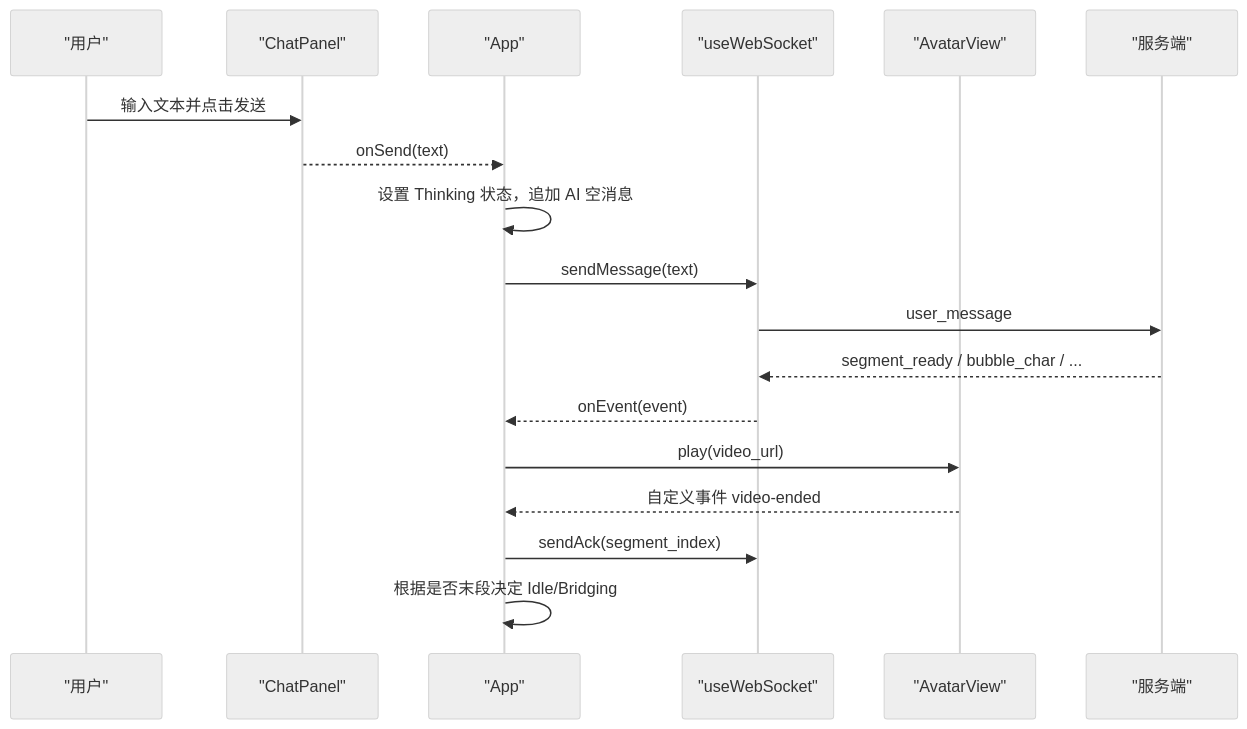
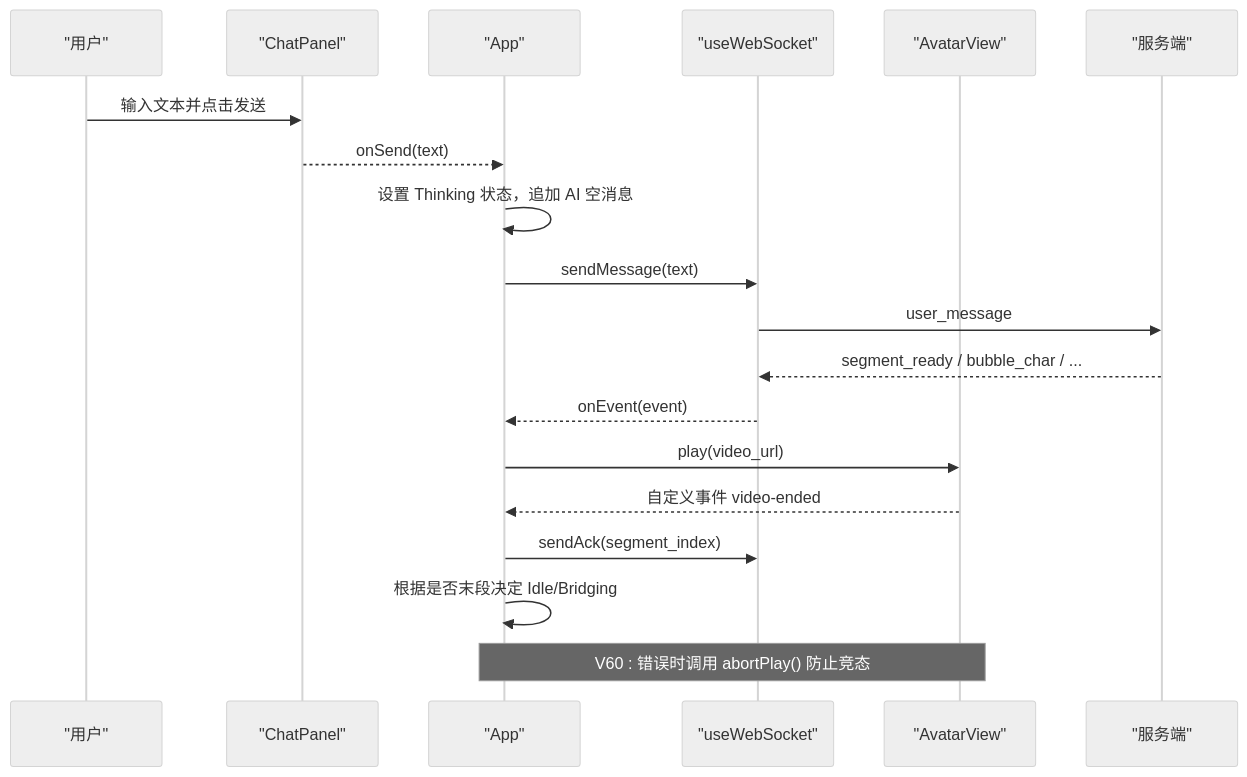
The second of 6 diagrams in .qoder/repowiki/zh/content/前端应用/React 组件架构.md (leo21cn/real-time-talk), drawn with Mermaid (neutral theme) before and after one commit. The commit also changed other lines of this file and 5 other files, not shown here.

````diff
--- a/.qoder/repowiki/zh/content/前端应用/React 组件架构.md
+++ b/.qoder/repowiki/zh/content/前端应用/React 组件架构.md
@@ -100,20 +108,21 @@
 ```mermaid
 sequenceDiagram
 participant U as "用户"
 participant CP as "ChatPanel"
 participant APP as "App"
 participant WS as "useWebSocket"
 participant AV as "AvatarView"
 participant S as "服务端"
 U->>CP : 输入文本并点击发送
 CP-->>APP : onSend(text)
 APP->>APP : 设置 Thinking 状态，追加 AI 空消息
 APP->>WS : sendMessage(text)
 WS->>S : user_message
 S-->>WS : segment_ready / bubble_char / ...
 WS-->>APP : onEvent(event)
 APP->>AV : play(video_url)
 AV-->>APP : 自定义事件 video-ended
 APP->>WS : sendAck(segment_index)
 APP->>APP : 根据是否末段决定 Idle/Bridging
+Note over APP,AV : V60 : 错误时调用 abortPlay() 防止竞态
 ```
````
